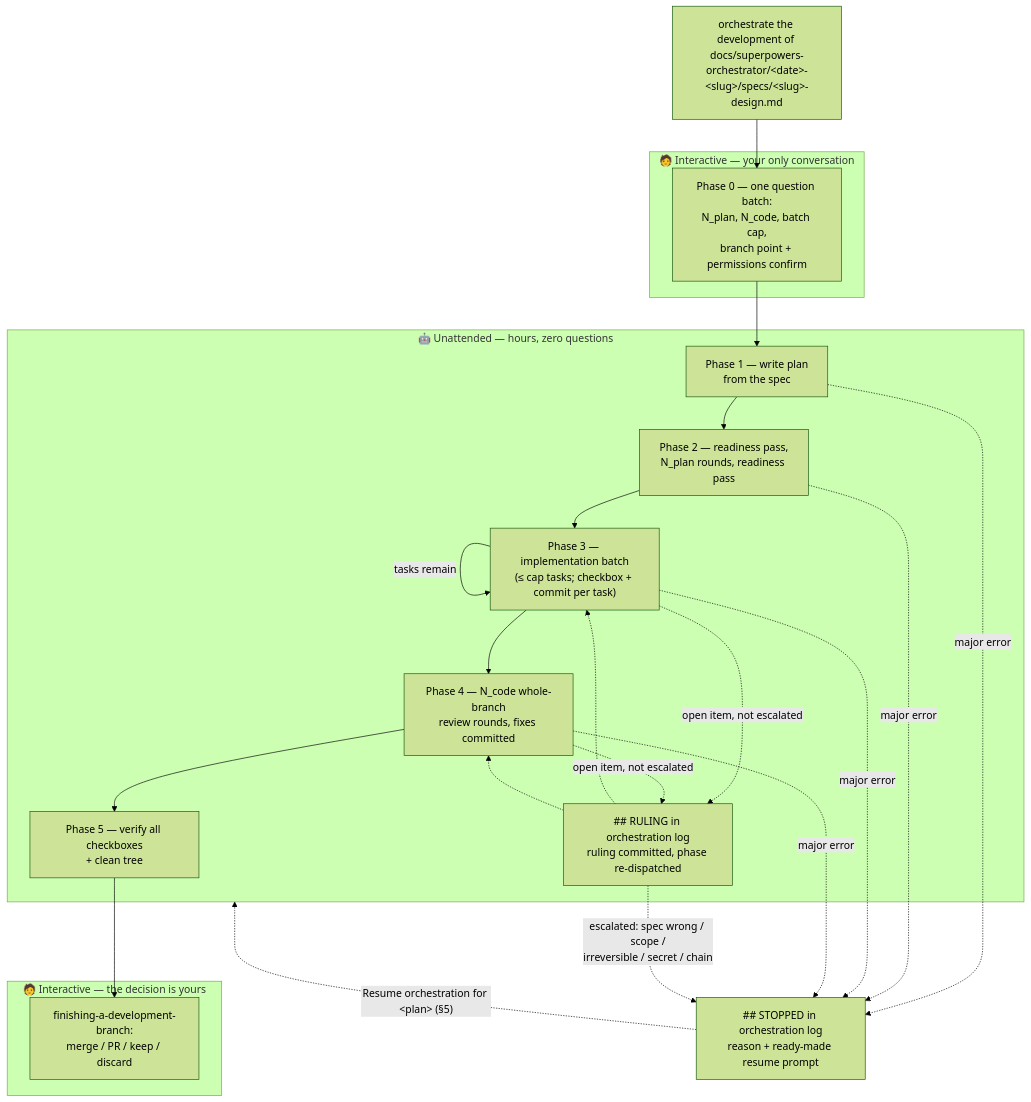
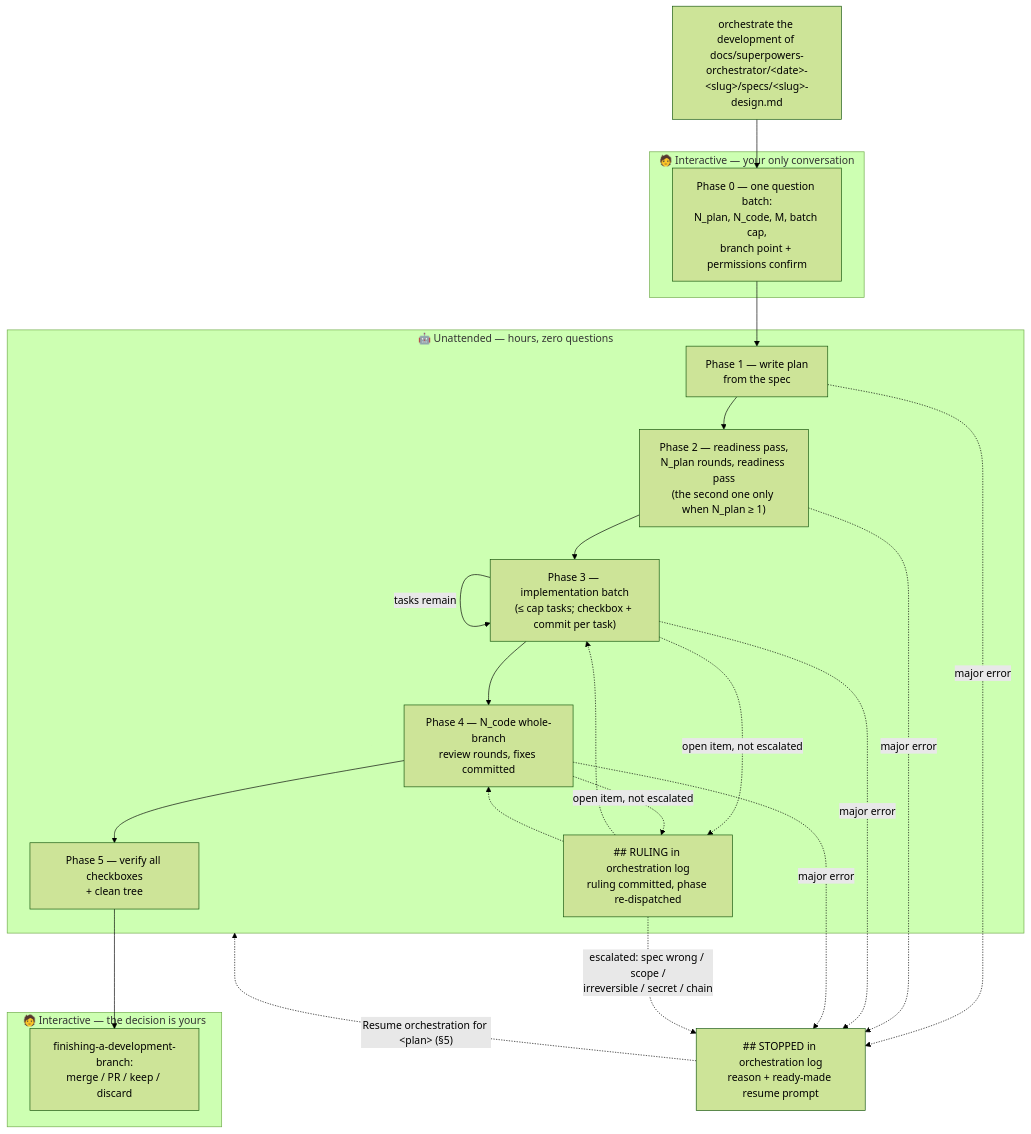
One commit to brunob54/superpowers-orchestrator changed the second of 2 diagrams in docs/guide/README.md. Above: the diagram before and after it, drawn with Mermaid (forest theme). The commit also changed other lines of this file and 1 other file, not shown here.

````diff
--- a/docs/guide/README.md
+++ b/docs/guide/README.md
@@ -483,30 +578,30 @@
 ```mermaid
 flowchart TD
     A["orchestrate the development of docs/superpowers-orchestrator/&lt;date&gt;-&lt;slug&gt;/specs/&lt;slug&gt;-design.md"] --> P0
 
     subgraph INT1["🧑 Interactive — your only conversation"]
-        P0["Phase 0 — one question batch:<br/>N_plan, N_code, batch cap,<br/>branch point + permissions confirm"]
+        P0["Phase 0 — one question batch:<br/>N_plan, N_code, M, batch cap,<br/>branch point + permissions confirm"]
     end
 
     P0 --> P1
 
     subgraph AUTO["🤖 Unattended — hours, zero questions"]
-        P1["Phase 1 — write plan<br/>from the spec"] --> P2["Phase 2 — readiness pass,<br/>N_plan rounds, readiness pass"]
+        P1["Phase 1 — write plan<br/>from the spec"] --> P2["Phase 2 — readiness pass,<br/>N_plan rounds, readiness pass<br/>(the second one only when N_plan ≥ 1)"]
         P2 --> P3["Phase 3 — implementation batch<br/>(≤ cap tasks; checkbox + commit per task)"]
         P3 -->|tasks remain| P3
         P3 --> P4["Phase 4 — N_code whole-branch<br/>review rounds, fixes committed"]
         P4 --> P5["Phase 5 — verify all checkboxes<br/>+ clean tree"]
         P3 & P4 -. "open item, not escalated" .-> R["## RULING in orchestration log<br/>ruling committed, phase re-dispatched"]
         R -.-> P3 & P4
     end
 
     P1 & P2 & P3 & P4 -. "major error" .-> S["## STOPPED in orchestration log<br/>reason + ready-made resume prompt"]
     R -. "escalated: spec wrong / scope /<br/>irreversible / secret / chain" .-> S
     S -. "Resume orchestration for &lt;plan&gt; (§5)" .-> AUTO
 
     P5 --> F
 
     subgraph INT2["🧑 Interactive — the decision is yours"]
         F["finishing-a-development-branch:<br/>merge / PR / keep / discard"]
     end
 ```
````
